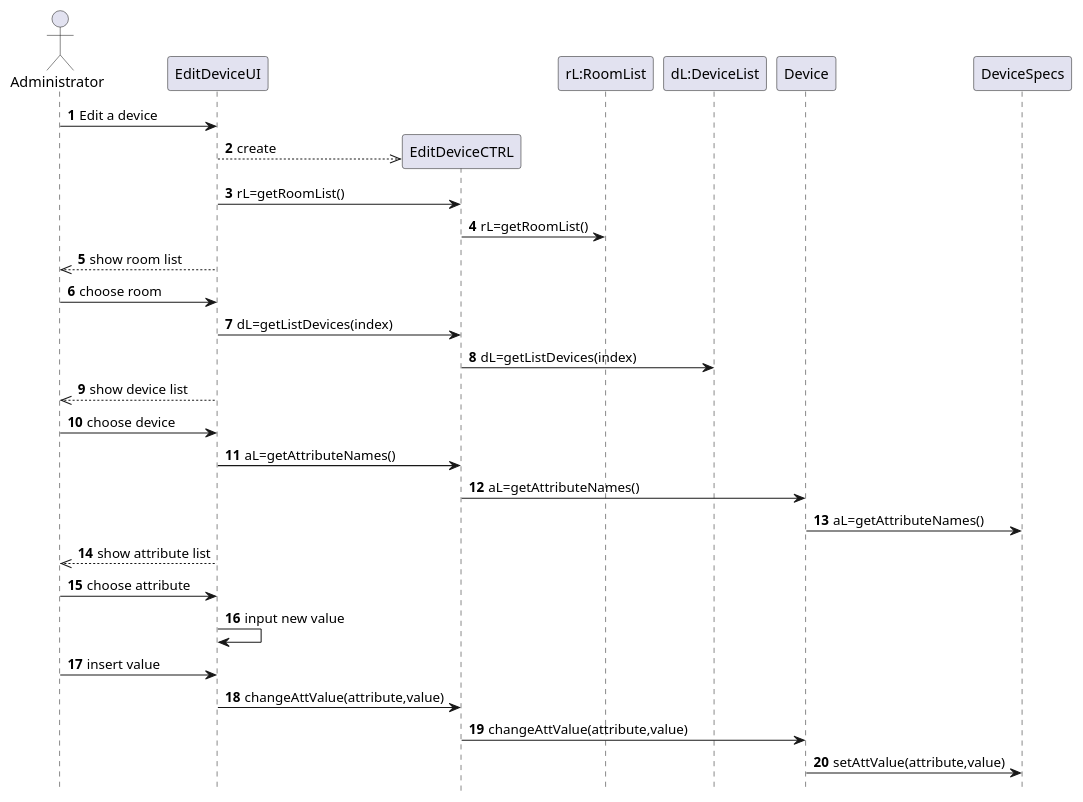
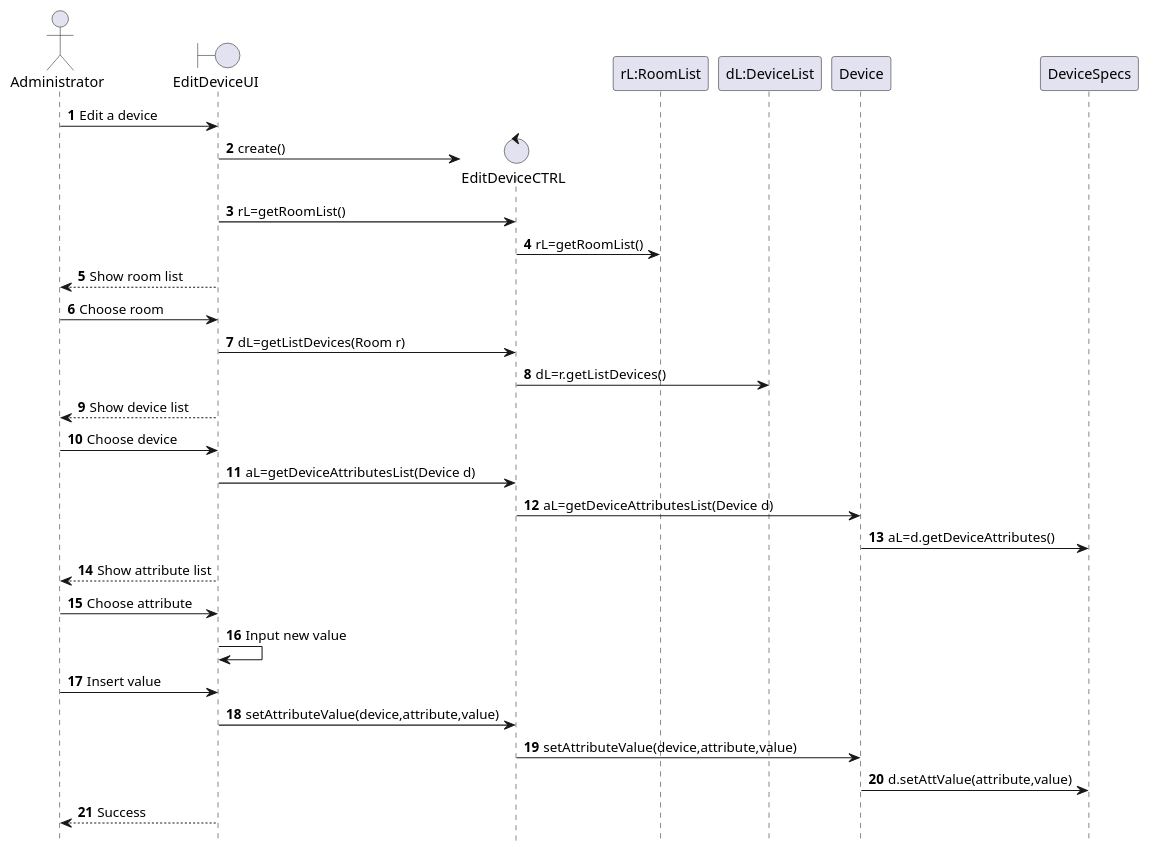
One commit to emanuel-pereira/hou changed the diagram in src/main/java/smarthome/uml/sequencediagrams/EditDevice.puml. Above: the diagram before and after it, drawn with PlantUML.

Commit message:
US215 Final Sequence Diagram

```diff
--- a/src/main/java/smarthome/uml/sequencediagrams/EditDevice.puml
+++ b/src/main/java/smarthome/uml/sequencediagrams/EditDevice.puml
@@ -1,42 +1,30 @@
 @startuml
 autonumber
 hidefootbox
-
 actor Administrator
-
+boundary EditDeviceUI
+control EditDeviceCTRL
 
 Administrator -> EditDeviceUI: Edit a device
-
 create EditDeviceCTRL
-control EditDeviceCTRL
-EditDeviceUI -->> EditDeviceCTRL: create
+EditDeviceUI -> EditDeviceCTRL: create()
 EditDeviceUI -> EditDeviceCTRL: rL=getRoomList()
 EditDeviceCTRL -> "rL:RoomList": rL=getRoomList()
-
-Administrator <<-- EditDeviceUI: show room list
-Administrator -> EditDeviceUI: choose room
-
-EditDeviceUI -> EditDeviceCTRL: dL=getListDevices(index)
-EditDeviceCTRL -> "dL:DeviceList": dL=getListDevices(index)
-
-Administrator <<-- EditDeviceUI: show device list
-Administrator -> EditDeviceUI: choose device
-
-EditDeviceUI -> EditDeviceCTRL: aL=getAttributeNames()
-EditDeviceCTRL -> Device: aL=getAttributeNames()
-
-Device -> DeviceSpecs: aL=getAttributeNames()
-
-Administrator <<-- EditDeviceUI: show attribute list
-Administrator -> EditDeviceUI: choose attribute
-
-EditDeviceUI ->EditDeviceUI: input new value
-
-Administrator -> EditDeviceUI: insert value
-
-EditDeviceUI -> EditDeviceCTRL: changeAttValue(attribute,value)
-EditDeviceCTRL -> Device: changeAttValue(attribute,value)
-
-Device -> DeviceSpecs: setAttValue(attribute,value)
-
+Administrator <-- EditDeviceUI: Show room list
+Administrator -> EditDeviceUI: Choose room
+EditDeviceUI -> EditDeviceCTRL: dL=getListDevices(Room r)
+EditDeviceCTRL -> "dL:DeviceList": dL=r.getListDevices()
+Administrator <-- EditDeviceUI: Show device list
+Administrator -> EditDeviceUI: Choose device
+EditDeviceUI -> EditDeviceCTRL: aL=getDeviceAttributesList(Device d)
+EditDeviceCTRL -> Device: aL=getDeviceAttributesList(Device d)
+Device -> DeviceSpecs: aL=d.getDeviceAttributes()
+Administrator <-- EditDeviceUI: Show attribute list
+Administrator -> EditDeviceUI: Choose attribute
+EditDeviceUI ->EditDeviceUI: Input new value
+Administrator -> EditDeviceUI: Insert value
+EditDeviceUI -> EditDeviceCTRL: setAttributeValue(device,attribute,value)
+EditDeviceCTRL -> Device: setAttributeValue(device,attribute,value)
+Device -> DeviceSpecs: d.setAttValue(attribute,value)
+Administrator <-- EditDeviceUI: Success
 @enduml
```
